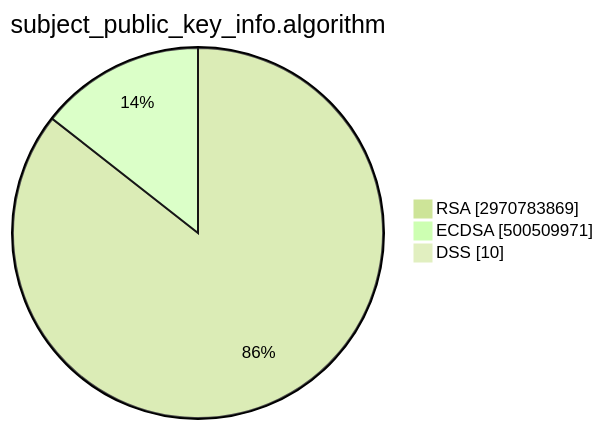
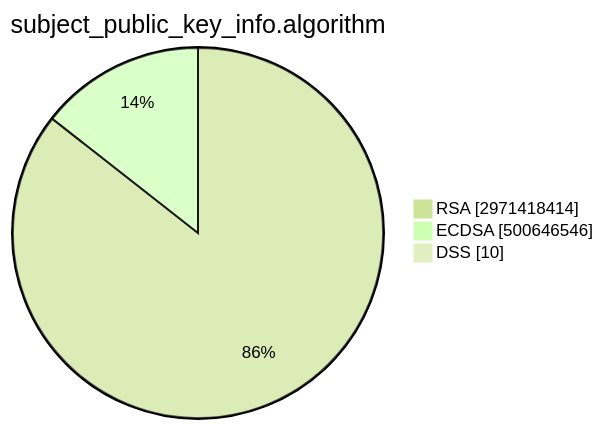
Before and after one commit to christiankrug/ctmonitor_visualization: the second of 15 diagrams in TOTAL/README.md, drawn with Mermaid (forest theme). The commit also changed other lines of this file, not shown here.

````diff
--- a/TOTAL/README.md
+++ b/TOTAL/README.md
@@ -6,7 +6,7 @@
 ```mermaid
 pie showData
 title subject_public_key_info.algorithm
-"RSA" :2970783869
-"ECDSA" :500509971
+"RSA" :2971418414
+"ECDSA" :500646546
 "DSS" :10
 ```
````
